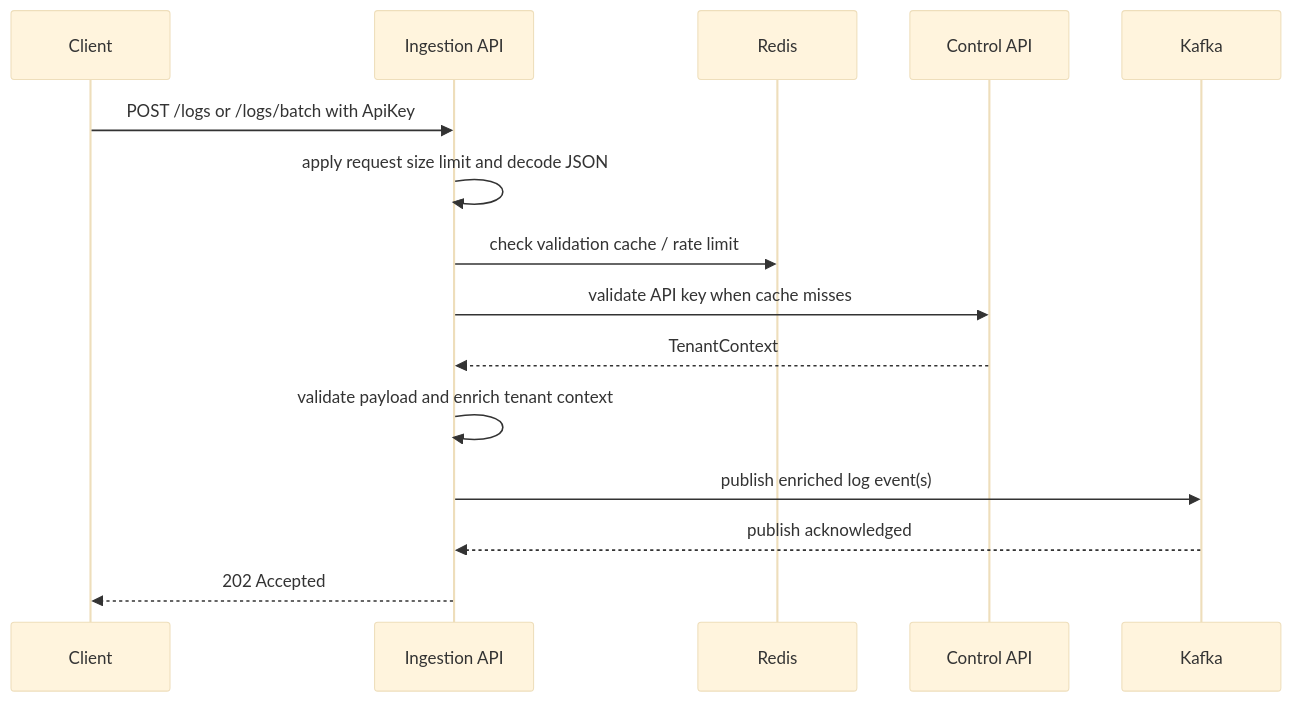
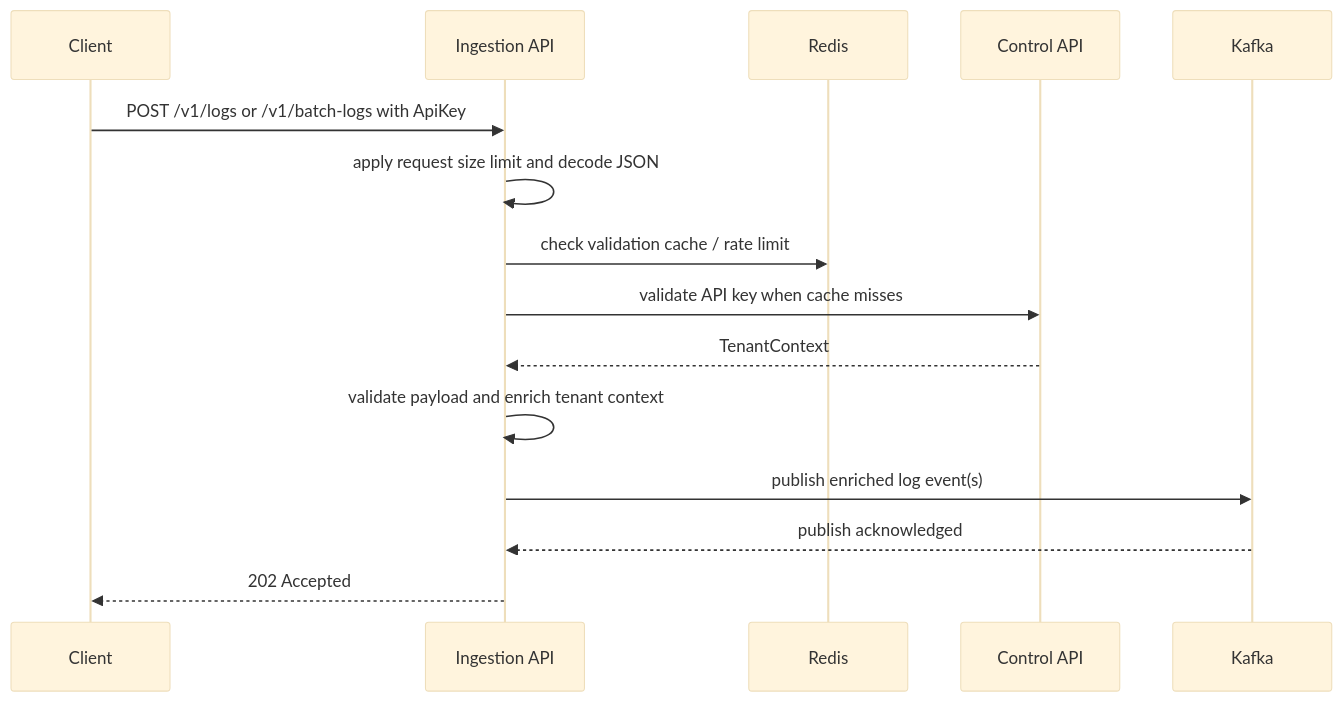
One commit to T-Hank2712/TraceFlow changed the sixth of 7 diagrams in system-design/04-low-level-design.md. Above: the diagram before and after it, drawn with Mermaid (base theme). The commit also changed other lines of this file and 36 other files, not shown here.

````diff
--- a/system-design/04-low-level-design.md
+++ b/system-design/04-low-level-design.md
@@ -353,18 +353,18 @@
 ```mermaid
 sequenceDiagram
     participant Client
     participant Ingestion as Ingestion API
     participant Redis as Redis
     participant Control as Control API
     participant Kafka
 
-    Client->>Ingestion: POST /logs or /logs/batch with ApiKey
+    Client->>Ingestion: POST /v1/logs or /v1/batch-logs with ApiKey
     Ingestion->>Ingestion: apply request size limit and decode JSON
     Ingestion->>Redis: check validation cache / rate limit
     Ingestion->>Control: validate API key when cache misses
     Control-->>Ingestion: TenantContext
     Ingestion->>Ingestion: validate payload and enrich tenant context
     Ingestion->>Kafka: publish enriched log event(s)
     Kafka-->>Ingestion: publish acknowledged
     Ingestion-->>Client: 202 Accepted
 ```
````
